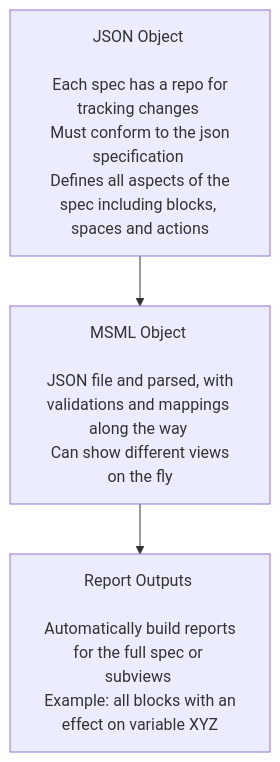
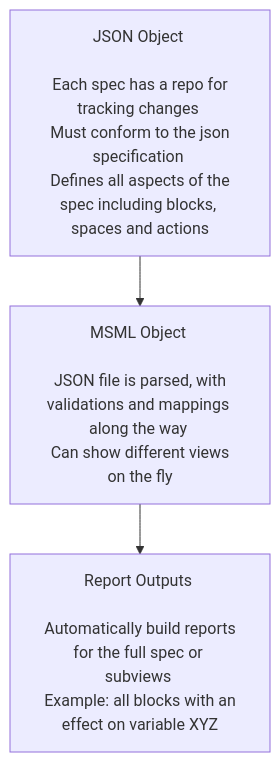
One commit to BlockScience/MSML changed the diagram in README.md. Above: the diagram before and after it, drawn with Mermaid.

````diff
--- a/README.md
+++ b/README.md
@@ -26,6 +26,6 @@
 ```mermaid
 graph TD
-A[JSON Object \n\n Each spec has a repo for tracking changes \n Must conform to the json specification \n Defines all aspects of the spec including blocks, spaces and actions] -->B[MSML Object \n\n JSON file and parsed, with validations and mappings along the way \n Can show different views on the fly]
+A[JSON Object \n\n Each spec has a repo for tracking changes \n Must conform to the json specification \n Defines all aspects of the spec including blocks, spaces and actions] -->B[MSML Object \n\n JSON file is parsed, with validations and mappings along the way \n Can show different views on the fly]
     B --> C[Report Outputs \n\n Automatically build reports for the full spec or subviews \n Example: all blocks with an effect on variable XYZ]
 
 ```
````
